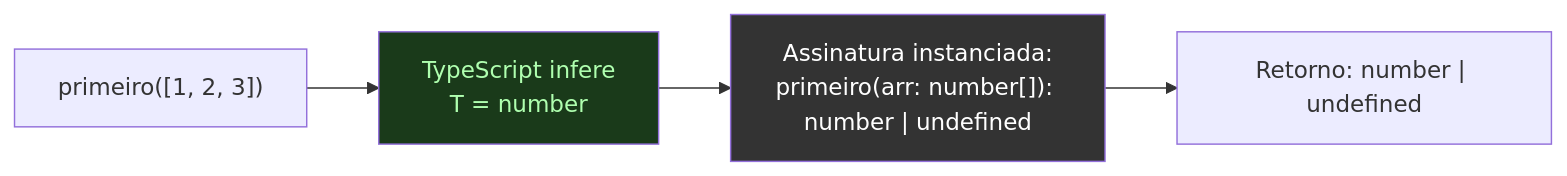
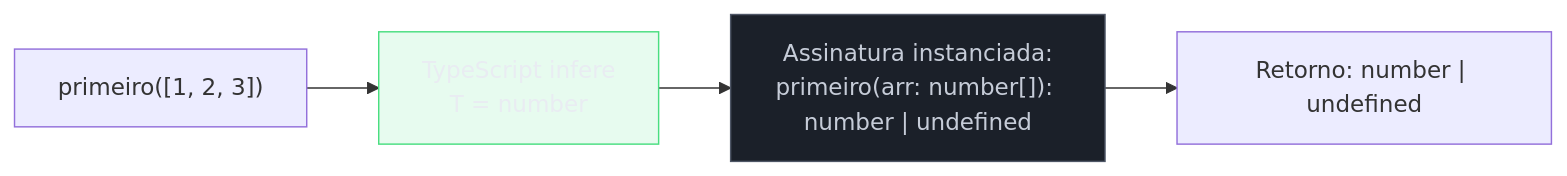
Before and after one commit to josenaldo/codex-technomanticus: the first of 5 diagrams in 03-Dominios/Tecnologia/TypeScript/11 - Generics - funções e constraints.md, drawn with Mermaid. The commit also changed other lines of this file and 1181 other files, not shown here.

First line of the commit message:
fix(diagramas): paleta do sistema no lugar de cor cravada no markdown

````diff
--- a/03-Dominios/Tecnologia/TypeScript/11 - Generics - funções e constraints.md
+++ b/03-Dominios/Tecnologia/TypeScript/11 - Generics - funções e constraints.md
@@ -62,12 +62,14 @@
 ```mermaid
 flowchart LR
+    classDef ok fill:#4ADE8021,stroke:#4ADE80,color:#E9ECF2
+    classDef neutro fill:#1B2029,stroke:#4E5666,color:#C6CCD8
     CALL["primeiro([1, 2, 3])"]
     INF["TypeScript infere\nT = number"]
     SIG["Assinatura instanciada:\nprimeiro(arr: number[]): number | undefined"]
     RET["Retorno: number | undefined"]
 
     CALL --> INF --> SIG --> RET
 
-    style INF fill:#1a3a1a,color:#afffaf
-    style SIG fill:#333,color:#fff
+    class INF ok
+    class SIG neutro
 ```
````
